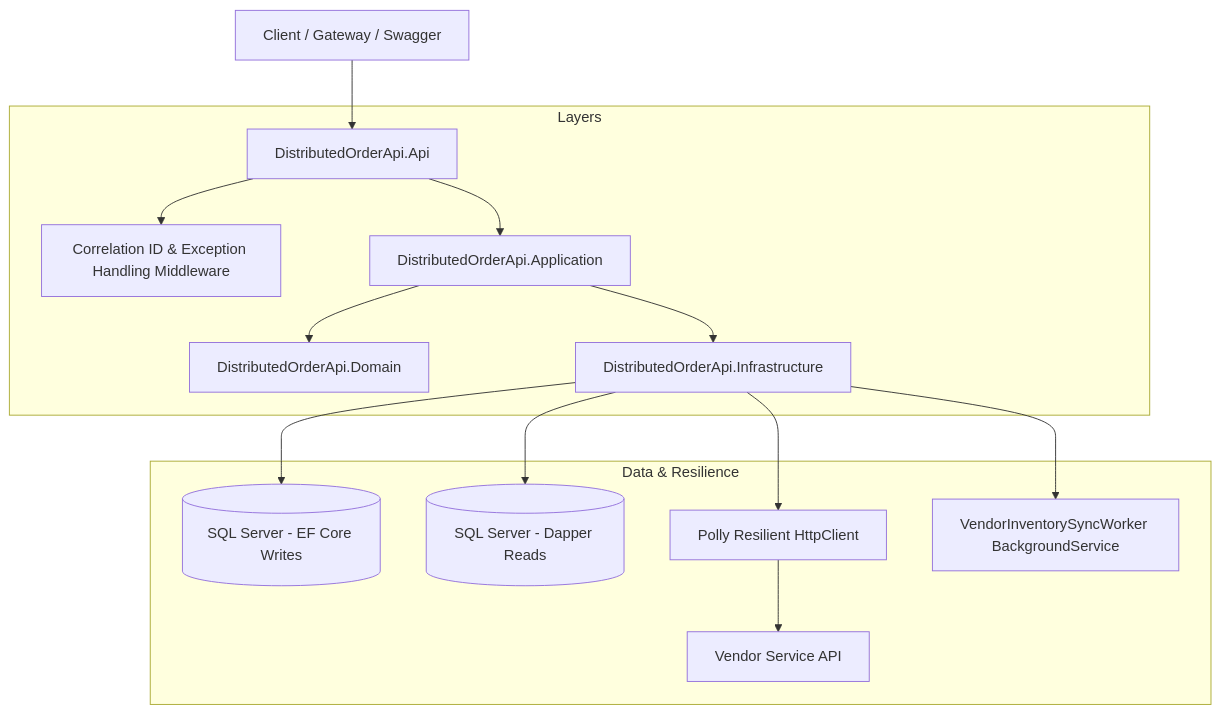
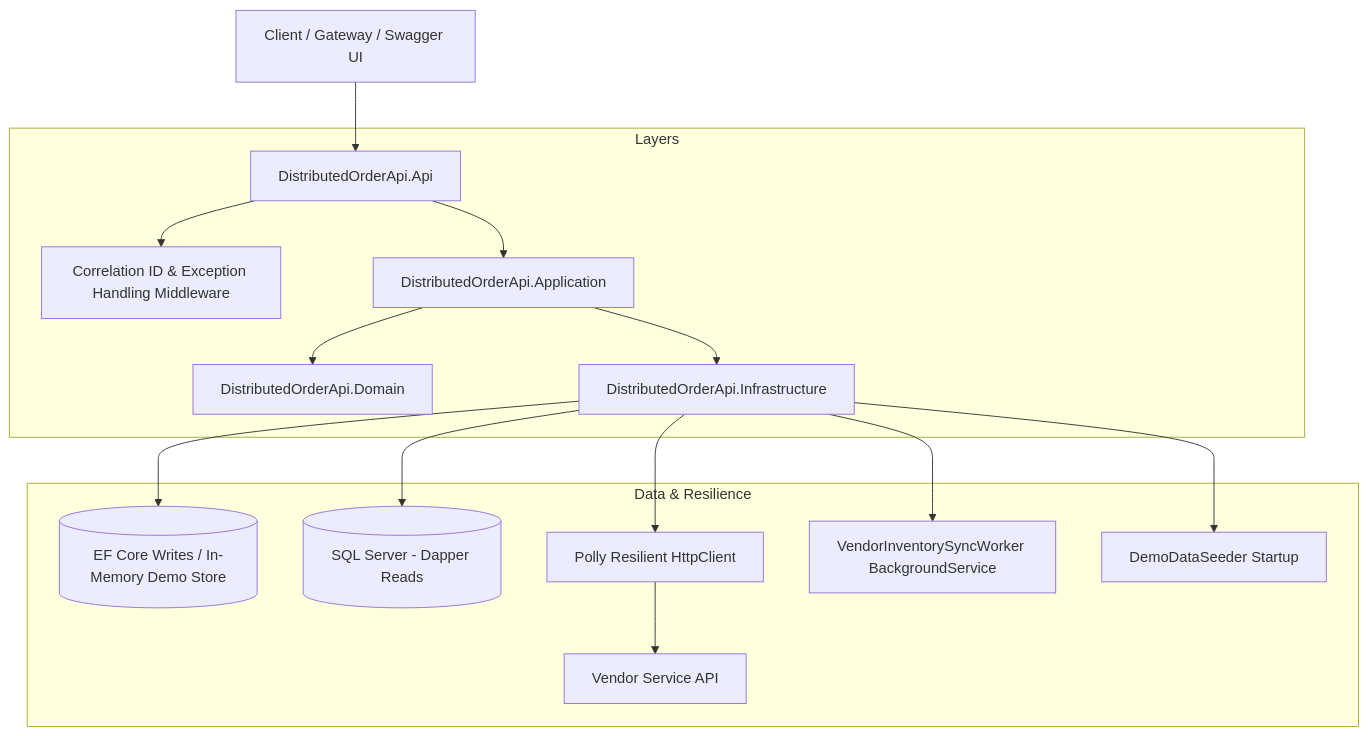
Before and after one commit to AliceOnTheSea/DistributedOrderApi: the diagram in README.md, drawn with Mermaid. The commit also changed other lines of this file and 9 other files, not shown here.

Commit message:
feat: prepare DistributedOrderApi for Render demo deployment with EF Core in-memory fallback, startup seeding, and root Swagger UI

````diff
--- a/README.md
+++ b/README.md
@@ -17,19 +18,20 @@
 ```mermaid
 graph TD
-    Client[Client / Gateway / Swagger] --> API[DistributedOrderApi.Api]
+    Client[Client / Gateway / Swagger UI] --> API[DistributedOrderApi.Api]
     
     subgraph Layers
         API --> Middleware[Correlation ID & Exception Handling Middleware]
         API --> App[DistributedOrderApi.Application]
         App --> Domain[DistributedOrderApi.Domain]
         App --> Infra[DistributedOrderApi.Infrastructure]
     end
 
     subgraph Data & Resilience
-        Infra --> EFCore[(SQL Server - EF Core Writes)]
+        Infra --> EFCore[(EF Core Writes / In-Memory Demo Store)]
         Infra --> Dapper[(SQL Server - Dapper Reads)]
         Infra --> Polly[Polly Resilient HttpClient]
         Polly --> External[Vendor Service API]
         Infra --> Worker[VendorInventorySyncWorker BackgroundService]
+        Infra --> Seeder[DemoDataSeeder Startup]
     end
 ```
````
